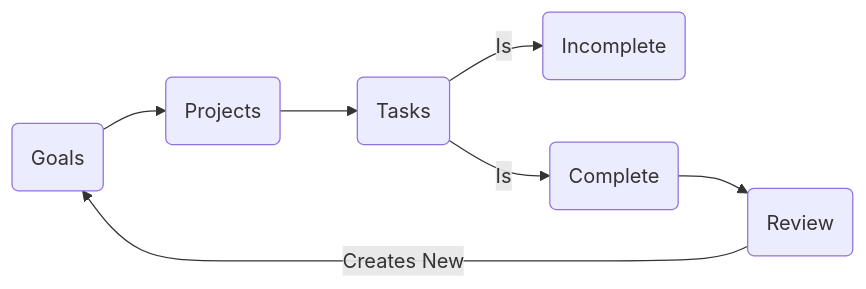
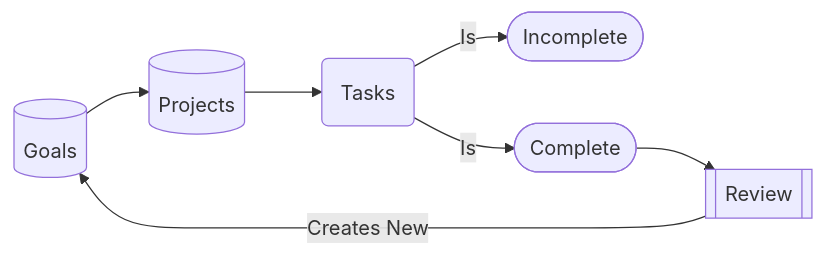
The diagram in goals.md (acatlin/mermaid), drawn with Mermaid before and after one commit.

Commit message:
Update goals.md
v6

````diff
--- a/goals.md
+++ b/goals.md
@@ -1,10 +1,13 @@
 ``` mermaid
 
 flowchart LR
-  G(Goals) --> P(Projects)
+
+  %% goals %%
+
+  G[(Goals)] --> P[(Projects)]
   P --> PT(Tasks)
-  PT -->|Is| IC(Incomplete) & C(Complete)
-  C --> R(Review)
+  PT -->|Is| IC([Incomplete]) & C([Complete])
+  C --> R[[Review]]
   R -->|Creates New| G
 
 ```
````
